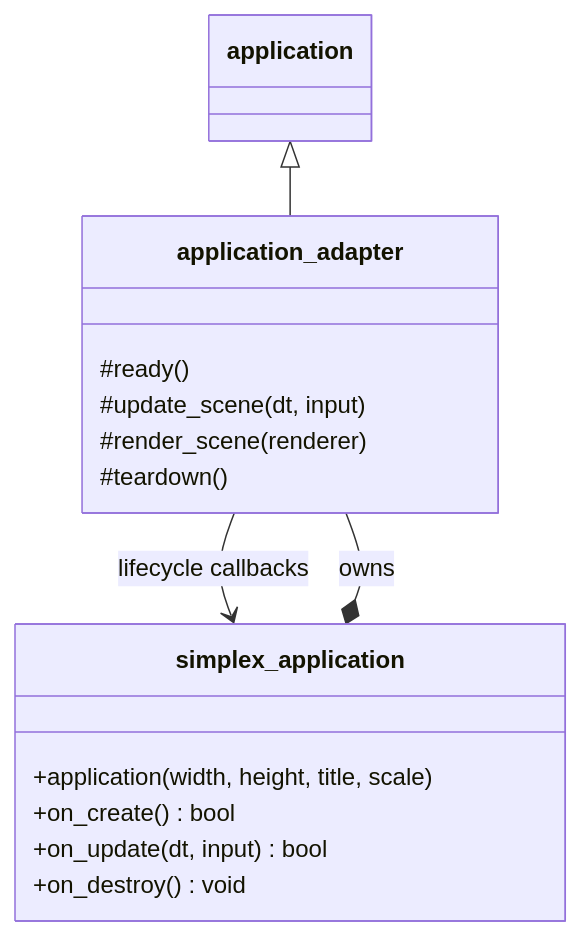
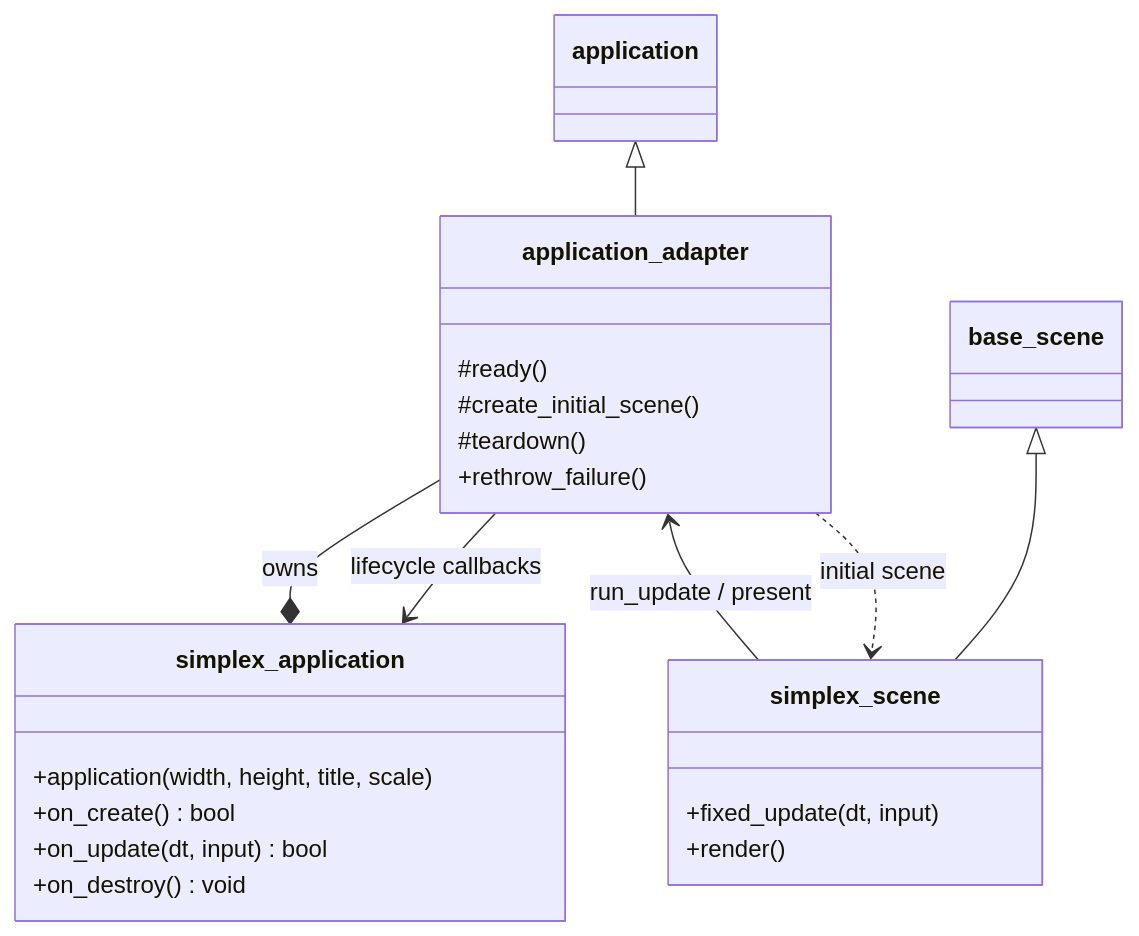
One commit to devbrain/neutrino changed the diagram in docs/NEUTRINO_PLAYGROUND_DESIGN.md. Above: the diagram before and after it, drawn with Mermaid. The commit also changed other lines of this file and 36 other files, not shown here.

````diff
--- a/docs/NEUTRINO_PLAYGROUND_DESIGN.md
+++ b/docs/NEUTRINO_PLAYGROUND_DESIGN.md
@@ -176,18 +181,25 @@
 ```mermaid
 classDiagram
     application <|-- application_adapter
+    base_scene <|-- simplex_scene
     simplex_application *-- application_adapter : owns
     application_adapter --> simplex_application : lifecycle callbacks
+    application_adapter ..> simplex_scene : initial scene
+    simplex_scene --> application_adapter : run_update / present
     class simplex_application {
         +application(width, height, title, scale)
         +on_create() bool
         +on_update(dt, input) bool
         +on_destroy() void
     }
     class application_adapter {
         #ready()
-        #update_scene(dt, input)
-        #render_scene(renderer)
+        #create_initial_scene()
         #teardown()
+        +rethrow_failure()
+    }
+    class simplex_scene {
+        +fixed_update(dt, input)
+        +render()
     }
 ```
````
